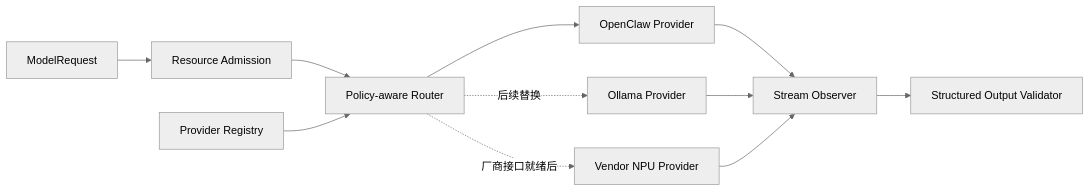
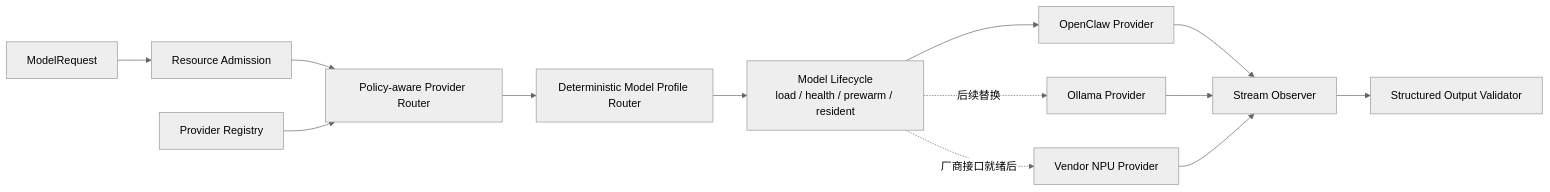
The ninth of 20 diagrams in docs/CENTRAL_BRAIN_SOFTWARE_ARCHITECTURE.md (LucasWEIchen/CougarOS), drawn with Mermaid (neutral theme) before and after one commit. The commit also changed other lines of this file and 28 other files, not shown here.

Commit message:
feat(model): restore routed resident vLLM profiles

````diff
--- a/docs/CENTRAL_BRAIN_SOFTWARE_ARCHITECTURE.md
+++ b/docs/CENTRAL_BRAIN_SOFTWARE_ARCHITECTURE.md
@@ -325,21 +327,24 @@
 ```mermaid
 flowchart LR
     Request["ModelRequest"]
     Admission["Resource Admission"]
     Registry["Provider Registry"]
-    Router["Policy-aware Router"]
+    ProviderRouter["Policy-aware Provider Router"]
+    ProfileRouter["Deterministic Model Profile Router"]
+    Lifecycle["Model Lifecycle<br/>load / health / prewarm / resident"]
     OpenClaw["OpenClaw Provider"]
     Ollama["Ollama Provider"]
     Vendor["Vendor NPU Provider"]
     Stream["Stream Observer"]
     Validate["Structured Output Validator"]
 
-    Request --> Admission --> Router
-    Registry --> Router
-    Router --> OpenClaw
-    Router -. "后续替换" .-> Ollama
-    Router -. "厂商接口就绪后" .-> Vendor
+    Request --> Admission --> ProviderRouter --> ProfileRouter
+    Registry --> ProviderRouter
+    ProfileRouter --> Lifecycle
+    Lifecycle --> OpenClaw
+    Lifecycle -. "后续替换" .-> Ollama
+    Lifecycle -. "厂商接口就绪后" .-> Vendor
     OpenClaw --> Stream --> Validate
     Ollama --> Stream
     Vendor --> Stream
 ```
````
